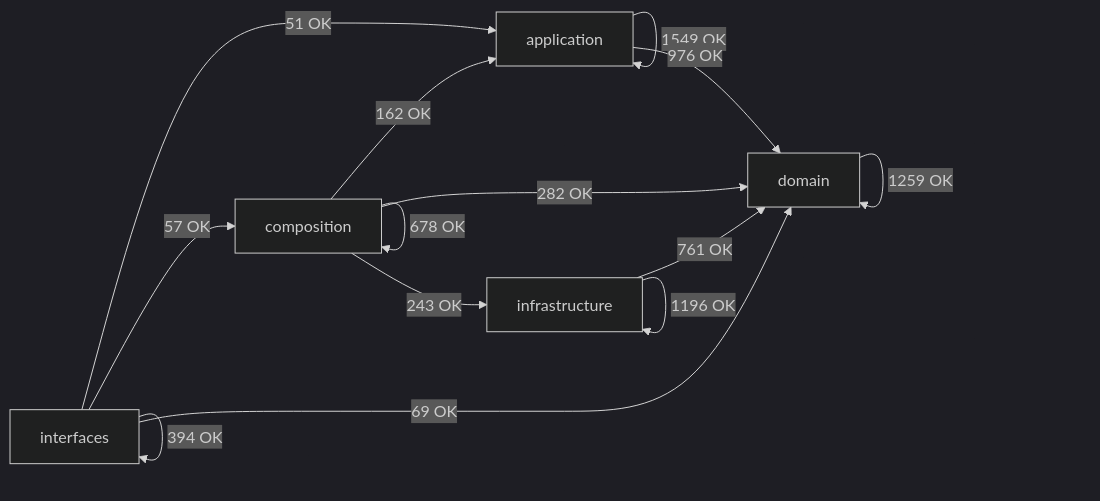
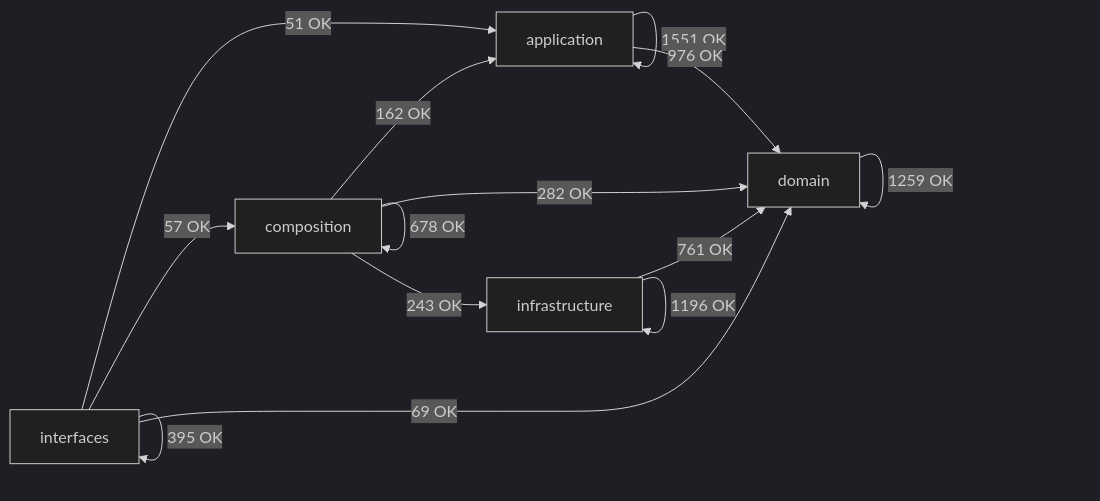
One commit to SatoryKono/BioactivityDataAcquisition changed the diagram in docs/02-architecture/generated/module-dependency-map.md. Above: the diagram before and after it, drawn with Mermaid (dark theme). The commit also changed other lines of this file and 13 other files, not shown here.

````diff
--- a/docs/02-architecture/generated/module-dependency-map.md
+++ b/docs/02-architecture/generated/module-dependency-map.md
@@ -17,21 +17,21 @@
 ```mermaid
 flowchart LR
     domain[domain]
     application[application]
     infrastructure[infrastructure]
     composition[composition]
     interfaces[interfaces]
-    application -->|1549 OK| application
+    application -->|1551 OK| application
     application -->|976 OK| domain
     composition -->|162 OK| application
     composition -->|678 OK| composition
     composition -->|282 OK| domain
     composition -->|243 OK| infrastructure
     domain -->|1259 OK| domain
     infrastructure -->|761 OK| domain
     infrastructure -->|1196 OK| infrastructure
     interfaces -->|51 OK| application
     interfaces -->|57 OK| composition
     interfaces -->|69 OK| domain
-    interfaces -->|394 OK| interfaces
+    interfaces -->|395 OK| interfaces
 ```
````
